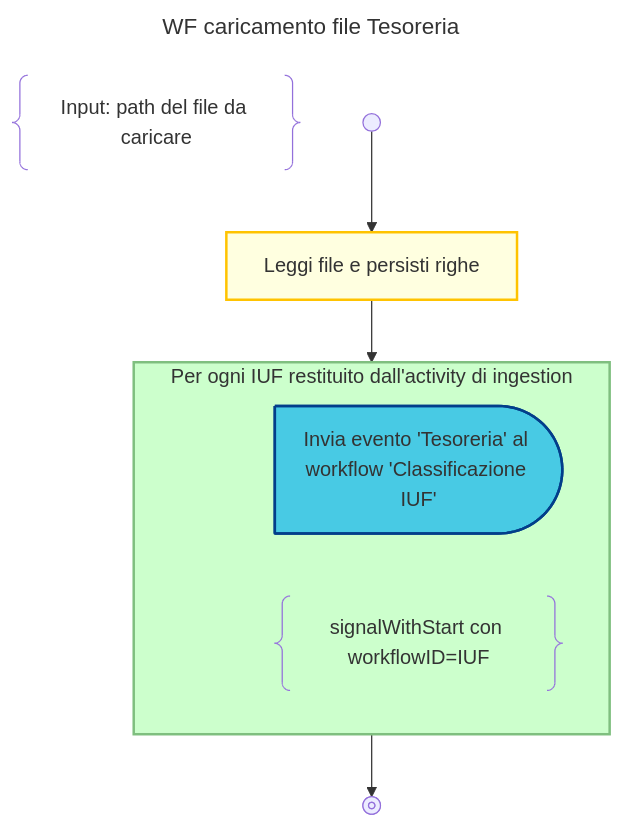
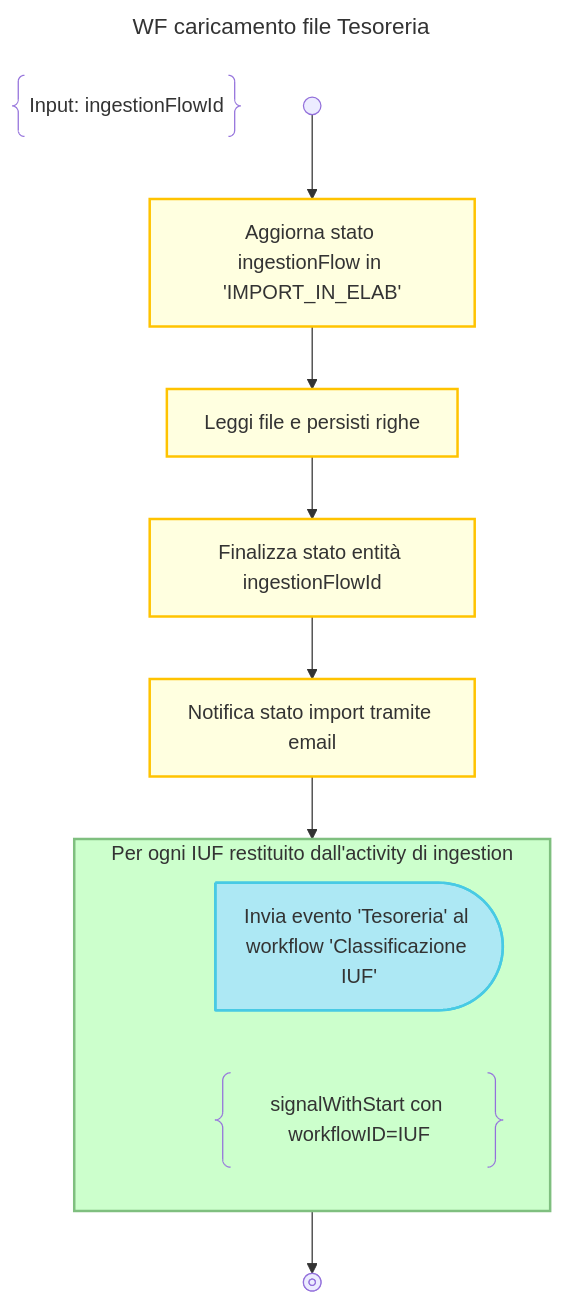
Before and after one commit to pagopa/p4pa-doc: the diagram in design/workflow/classificazioneIncassi/tesoreria-ingestion.mmd, drawn with Mermaid. The commit also changed 18 other files, not shown here.

```diff
--- a/design/workflow/classificazioneIncassi/tesoreria-ingestion.mmd
+++ b/design/workflow/classificazioneIncassi/tesoreria-ingestion.mmd
@@ -1,26 +1,30 @@
 ---
 title: WF caricamento file Tesoreria
 ---
 flowchart TD
-    DESCRIPTION@{ shape: braces, label: "Input: path del file da caricare" }
-    START@{shape: start} --> INGESTION:::activity@{label: "Leggi file e persisti righe"}
+    DESCRIPTION@{ shape: braces, label: "Input: ingestionFlowId" }
+    START@{shape: start} -->
+    UPDATE_STATUS_INELAB:::activity@{label: "Aggiorna stato ingestionFlow in 'IMPORT_IN_ELAB'"} -->
+    INGESTION:::activity@{label: "Leggi file e persisti righe"} -->
+    UPDATE_STATUS_COMPLETE:::activity@{label: "Finalizza stato entità ingestionFlowId"} -->
+    SEND_EMAIL:::activity@{label: "Notifica stato import tramite email"} -->
 
-    INGESTION --> LOOP
+    LOOP
 
     subgraph LOOP["Per ogni IUF restituito dall'activity di ingestion"]
 
         %% dummy block added to have an empty line
         DUMMY:::disable-->SIGNAL
-        linkStyle 2 display:none;
+        linkStyle 5 display:none;
 
         SIGNAL:::send-signal@{shape: delay, label: "Invia evento 'Tesoreria' al workflow 'Classificazione IUF'"}
         NOTE@{ shape: braces, label: "signalWithStart con workflowID=IUF" }
     end
 
     LOOP --> END@{shape: stop}
     class LOOP loop
 
     classDef disable display:none;
     classDef activity fill:#FFFFE0, stroke:#ffc300, stroke-width:2px;
     classDef loop fill:#CCFFCC, stroke:#7FBF7F, stroke-width:2px, padding-bottom: 5px;
-    classDef send-signal fill:#48cae4, stroke:#023e8a, stroke-width:2px
+    classDef send-signal fill:#ade8f4, stroke:#48cae4, stroke-width:2px
```
